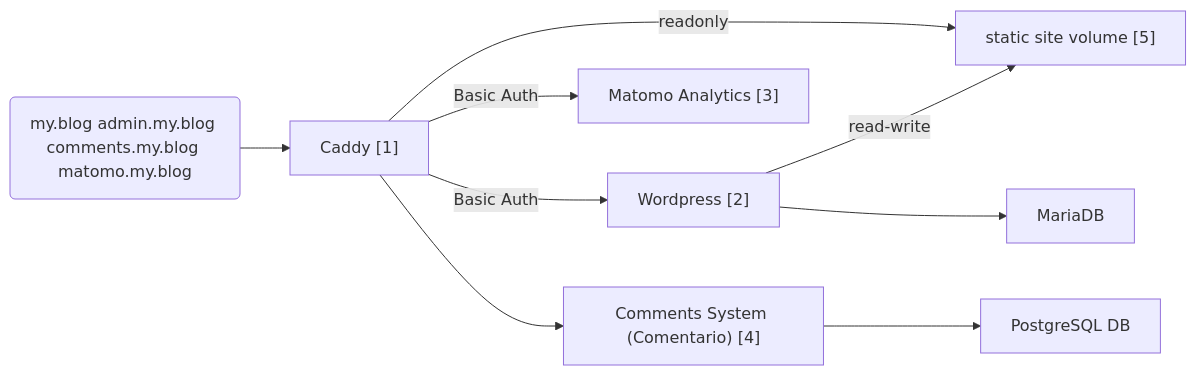
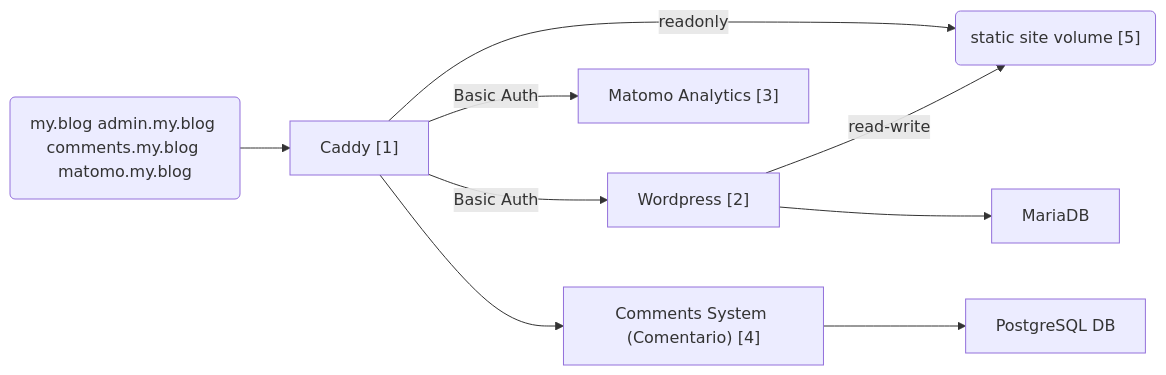
The diagram in README.md (theCalcaholic/wordpress-static-site), drawn with Mermaid before and after one commit.

Commit message:
README.md: Use round brackets for volume in mermaid diagram

````diff
--- a/README.md
+++ b/README.md
@@ -18,11 +18,11 @@
 ```mermaid
 flowchart LR;
   entry("my.blog admin.my.blog comments.my.blog matomo.my.blog") --> A["Caddy [1]"];
-  A -->|readonly| E["static site volume [5]"]
+  A -->|readonly| E("static site volume [5]")
   A -->|Basic Auth| B["Wordpress [2]"];
   B -->|read-write| E
   B--> G["MariaDB"]
   A -->|Basic Auth| C["Matomo Analytics [3]"];
   A --> D["Comments System (Comentario) [4]"];
   D --> F["PostgreSQL DB"]
 ```
````
